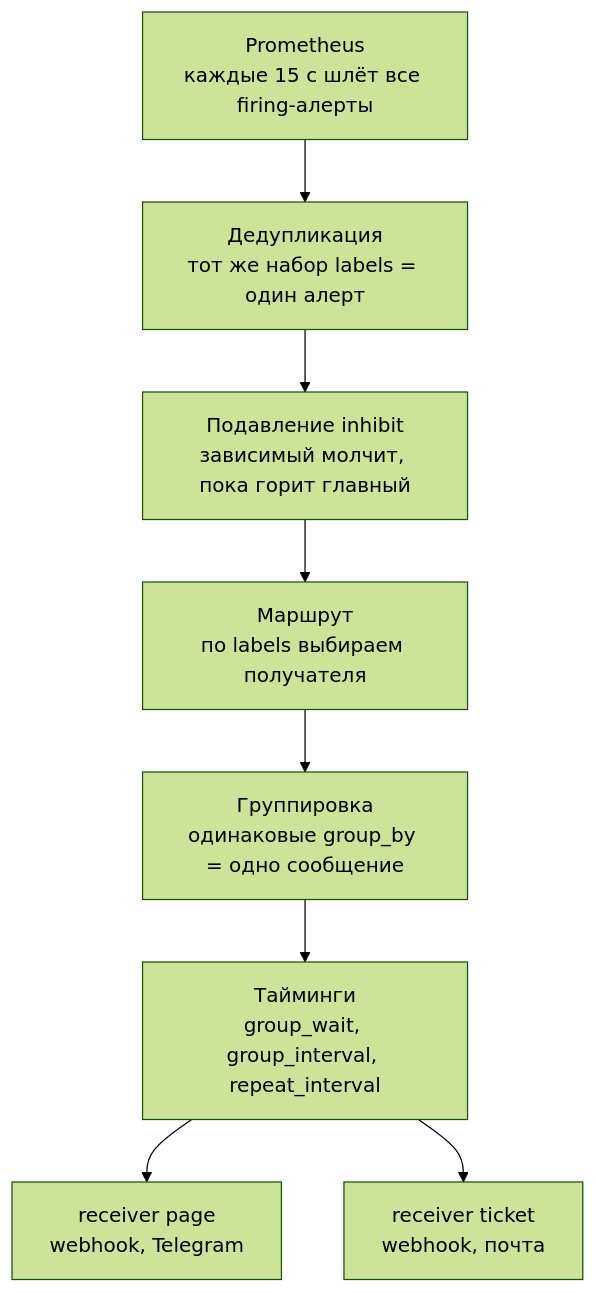
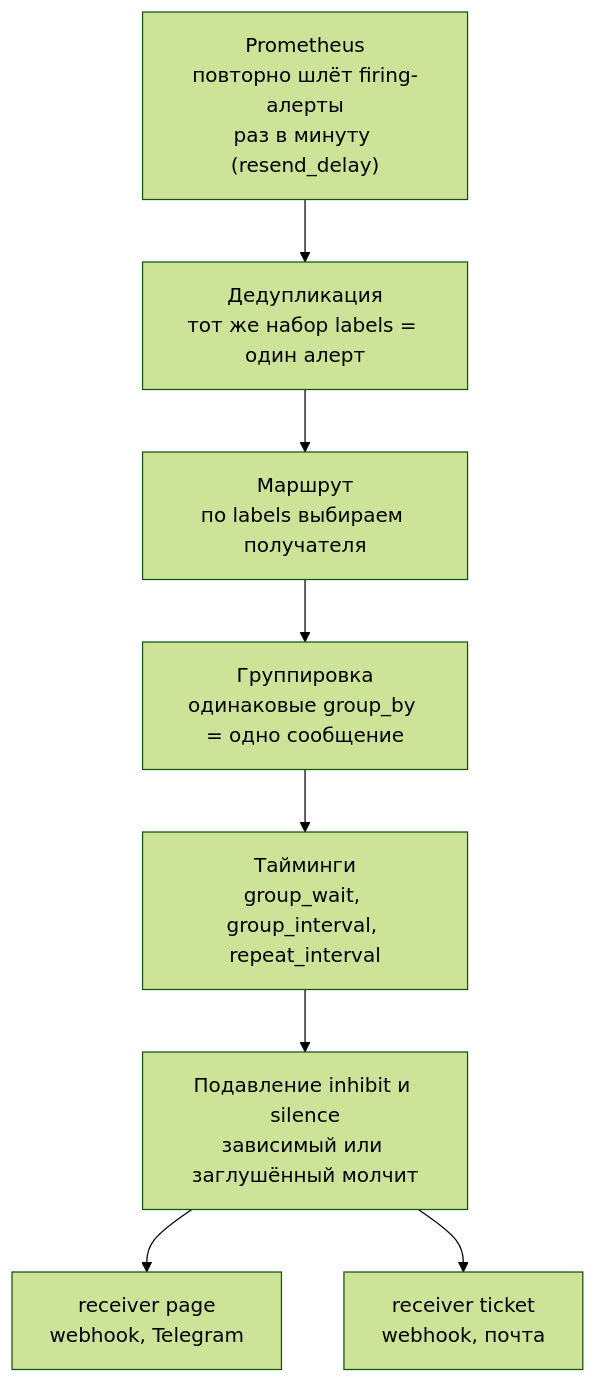
Before and after one commit to distinguished-sre/learning: the third of 4 diagrams in devops/08-observability/05-alertmanager.md, drawn with Mermaid (forest theme). The commit also changed other lines of this file and 191 other files, not shown here.

````diff
--- a/devops/08-observability/05-alertmanager.md
+++ b/devops/08-observability/05-alertmanager.md
@@ -250,10 +250,10 @@
 ```mermaid
 flowchart TD
-    P["Prometheus<br>каждые 15 с шлёт все firing-алерты"] --> D["Дедупликация<br>тот же набор labels = один алерт"]
-    D --> I["Подавление inhibit<br>зависимый молчит, пока горит главный"]
-    I --> R["Маршрут<br>по labels выбираем получателя"]
+    P["Prometheus<br>повторно шлёт firing-алерты<br>раз в минуту (resend_delay)"] --> D["Дедупликация<br>тот же набор labels = один алерт"]
+    D --> R["Маршрут<br>по labels выбираем получателя"]
     R --> G["Группировка<br>одинаковые group_by = одно сообщение"]
     G --> T["Тайминги<br>group_wait, group_interval, repeat_interval"]
-    T --> PG["receiver page<br>webhook, Telegram"]
-    T --> TK["receiver ticket<br>webhook, почта"]
+    T --> I["Подавление inhibit и silence<br>зависимый или заглушённый молчит"]
+    I --> PG["receiver page<br>webhook, Telegram"]
+    I --> TK["receiver ticket<br>webhook, почта"]
 ```
````
